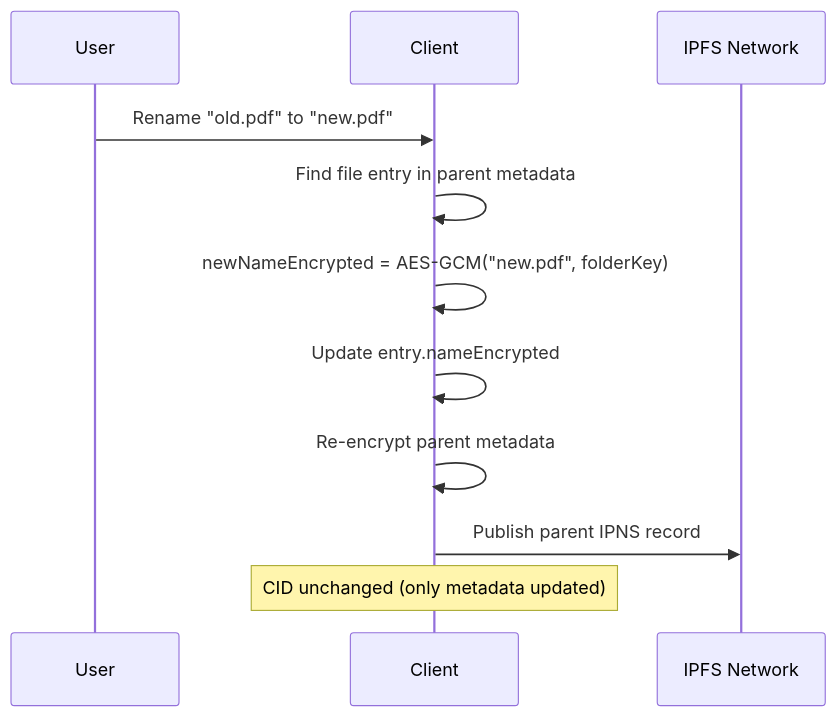
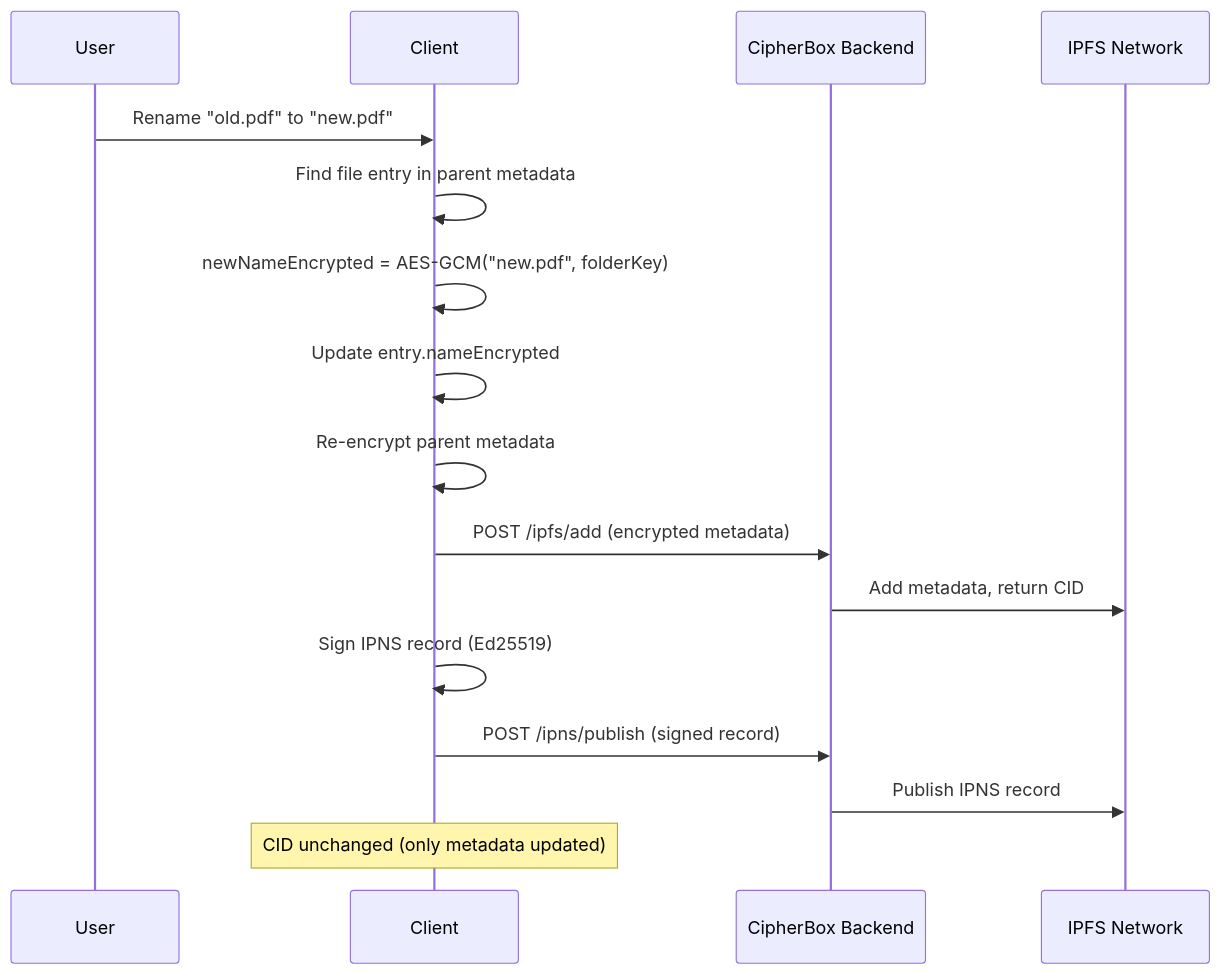
The tenth of 14 diagrams in Documentation/DATA_FLOWS.md (FSM1/cipher-box), drawn with Mermaid before and after one commit. The commit also changed other lines of this file and 7 other files, not shown here.

Commit message:
bump version to 1.8.1 and update documentation for IPFS/IPNS relay integration

````diff
--- a/Documentation/DATA_FLOWS.md
+++ b/Documentation/DATA_FLOWS.md
@@ -389,16 +406,21 @@
 ```mermaid
 sequenceDiagram
     participant U as User
     participant C as Client
-    participant IPFS as IPFS Network
+  participant B as CipherBox Backend
+  participant IPFS as IPFS Network
     
     U->>C: Rename "old.pdf" to "new.pdf"
     
     C->>C: Find file entry in parent metadata
     C->>C: newNameEncrypted = AES-GCM("new.pdf", folderKey)
     C->>C: Update entry.nameEncrypted
     C->>C: Re-encrypt parent metadata
-    C->>IPFS: Publish parent IPNS record
+    C->>B: POST /ipfs/add (encrypted metadata)
+    B->>IPFS: Add metadata, return CID
+    C->>C: Sign IPNS record (Ed25519)
+    C->>B: POST /ipns/publish (signed record)
+    B->>IPFS: Publish IPNS record
     
     Note over C: CID unchanged (only metadata updated)
 ```
````
